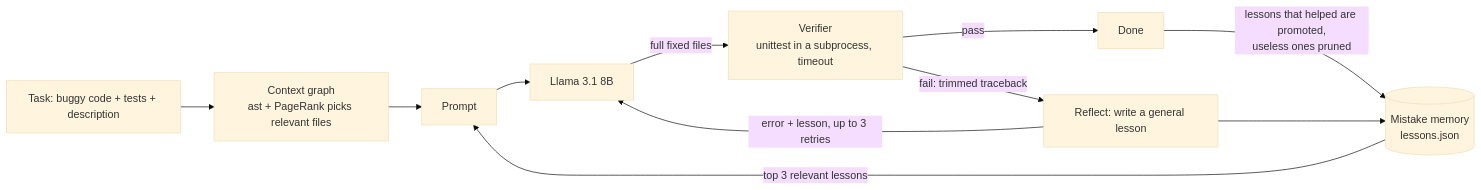
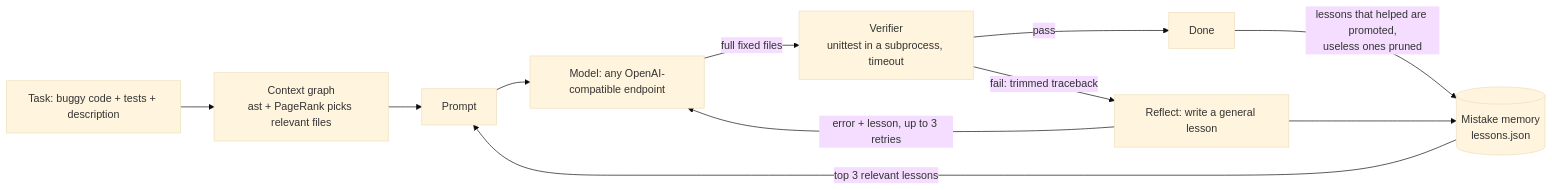
One commit to niranjanpatil0808-max/Harness- changed the diagram in README.md. Above: the diagram before and after it, drawn with Mermaid (base theme). The commit also changed other lines of this file and 4 other files, not shown here.

````diff
--- a/README.md
+++ b/README.md
@@ -23,13 +24,13 @@
 ```mermaid
 flowchart LR
     T[Task: buggy code + tests + description] --> G[Context graph<br/>ast + PageRank picks relevant files]
     M[(Mistake memory<br/>lessons.json)] -->|top 3 relevant lessons| P[Prompt]
     G --> P
-    P --> L[Llama 3.1 8B]
+    P --> L[Model: any OpenAI-compatible endpoint]
     L -->|full fixed files| V[Verifier<br/>unittest in a subprocess, timeout]
     V -->|pass| D[Done]
     V -->|fail: trimmed traceback| R[Reflect: write a general lesson]
     R --> M
     R -->|error + lesson, up to 3 retries| L
     D -->|lessons that helped are promoted,<br/>useless ones pruned| M
 ```
````
